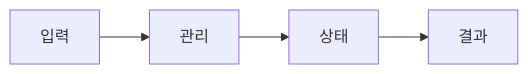
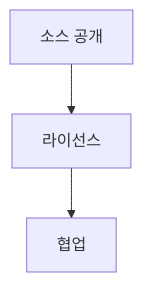
One commit to umyunsang/edu changed the diagram in ComputerScience/04_systems-infrastructure/linux/notes/90. 오픈소스 기반 프로젝트 관리.md. Above: the diagram before and after it, drawn with Mermaid. The commit also changed other lines of this file and 6 other files, not shown here.

````diff
--- a/ComputerScience/04_systems-infrastructure/linux/notes/90. 오픈소스 기반 프로젝트 관리.md
+++ b/ComputerScience/04_systems-infrastructure/linux/notes/90. 오픈소스 기반 프로젝트 관리.md
@@ -21,6 +19,5 @@
 ```mermaid
-flowchart LR
- A[입력] --> B[관리]
- B --> C[상태]
- C --> D[결과]
+flowchart TB
+    A[소스 공개] --> B[라이선스]
+    B --> C[협업]
 ```
````
